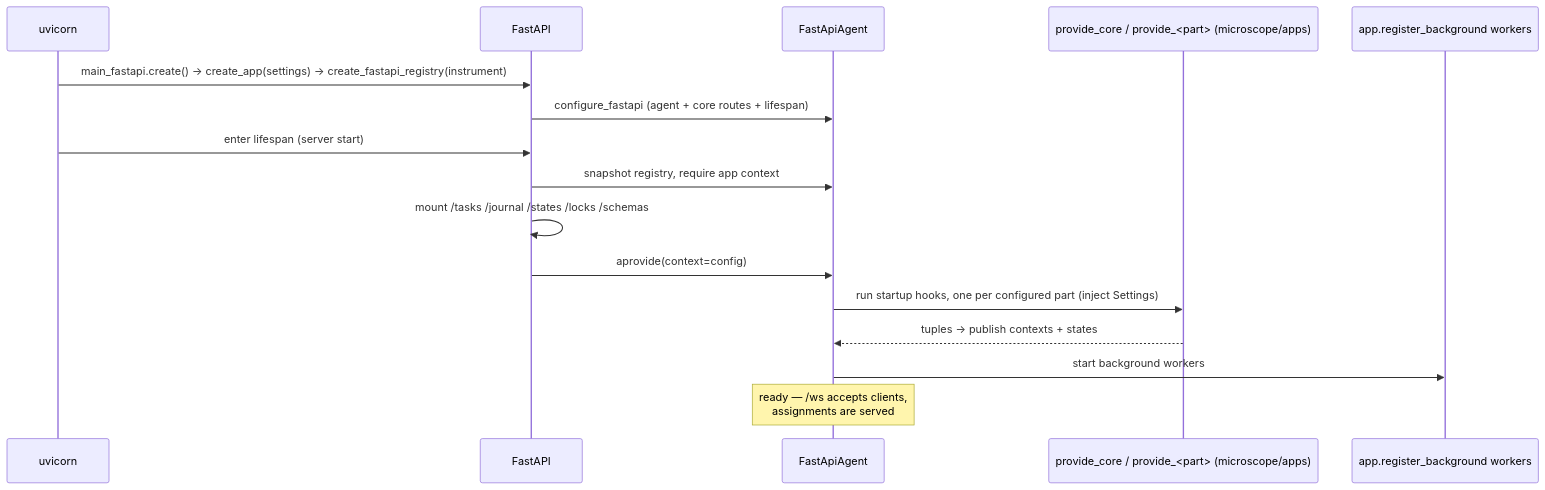
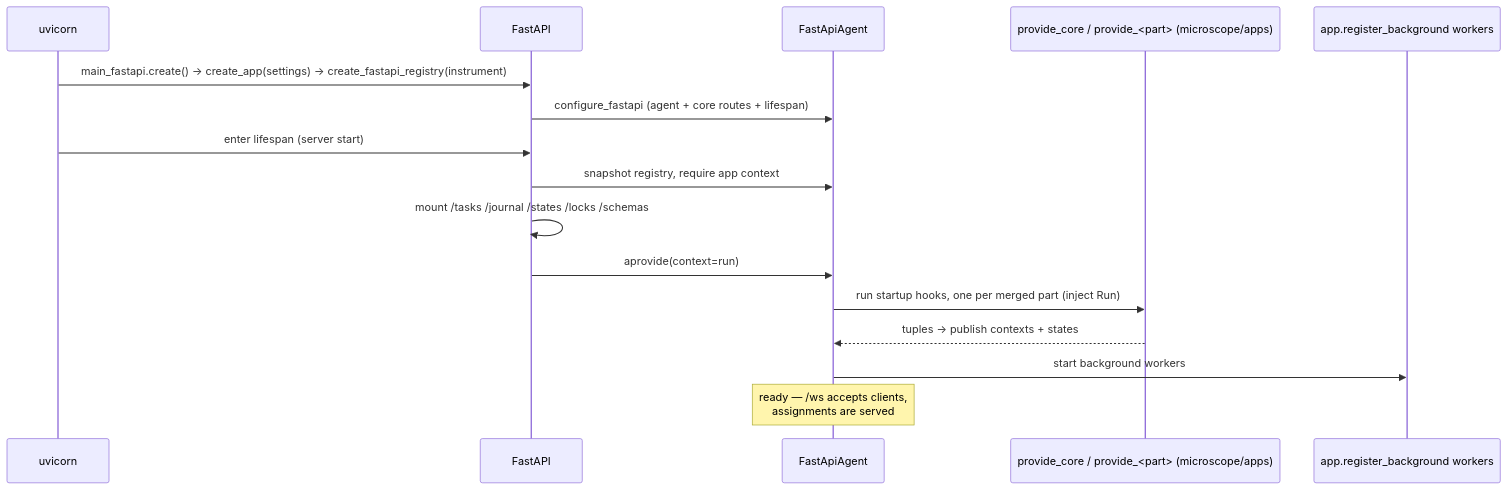
The second of 2 diagrams in docs/ARCHITECTURE.md (openUC2/newswitch), drawn with Mermaid before and after one commit. The commit also changed other lines of this file and 2 other files, not shown here.

````diff
--- a/docs/ARCHITECTURE.md
+++ b/docs/ARCHITECTURE.md
@@ -393,18 +466,18 @@
 ```mermaid
 sequenceDiagram
     participant U as uvicorn
     participant F as FastAPI
     participant A as FastApiAgent
     participant S as provide_core / provide_<part> (microscope/apps)
     participant B as app.register_background workers
     U->>F: main_fastapi.create() → create_app(settings) → create_fastapi_registry(instrument)
     F->>A: configure_fastapi (agent + core routes + lifespan)
     U->>F: enter lifespan (server start)
     F->>A: snapshot registry, require app context
     F->>F: mount /tasks /journal /states /locks /schemas
-    F->>A: aprovide(context=config)
-    A->>S: run startup hooks, one per configured part (inject Settings)
+    F->>A: aprovide(context=run)
+    A->>S: run startup hooks, one per merged part (inject Run)
     S-->>A: tuples → publish contexts + states
     A->>B: start background workers
     Note over A: ready — /ws accepts clients,<br/>assignments are served
 ```
````
